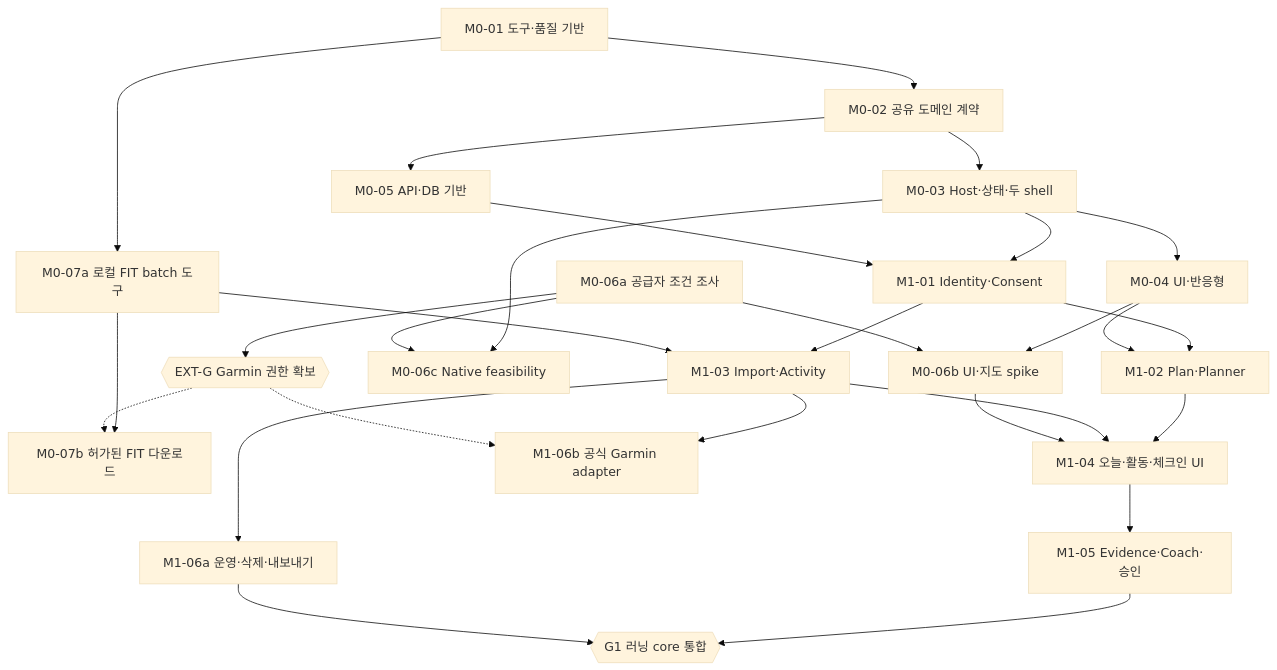
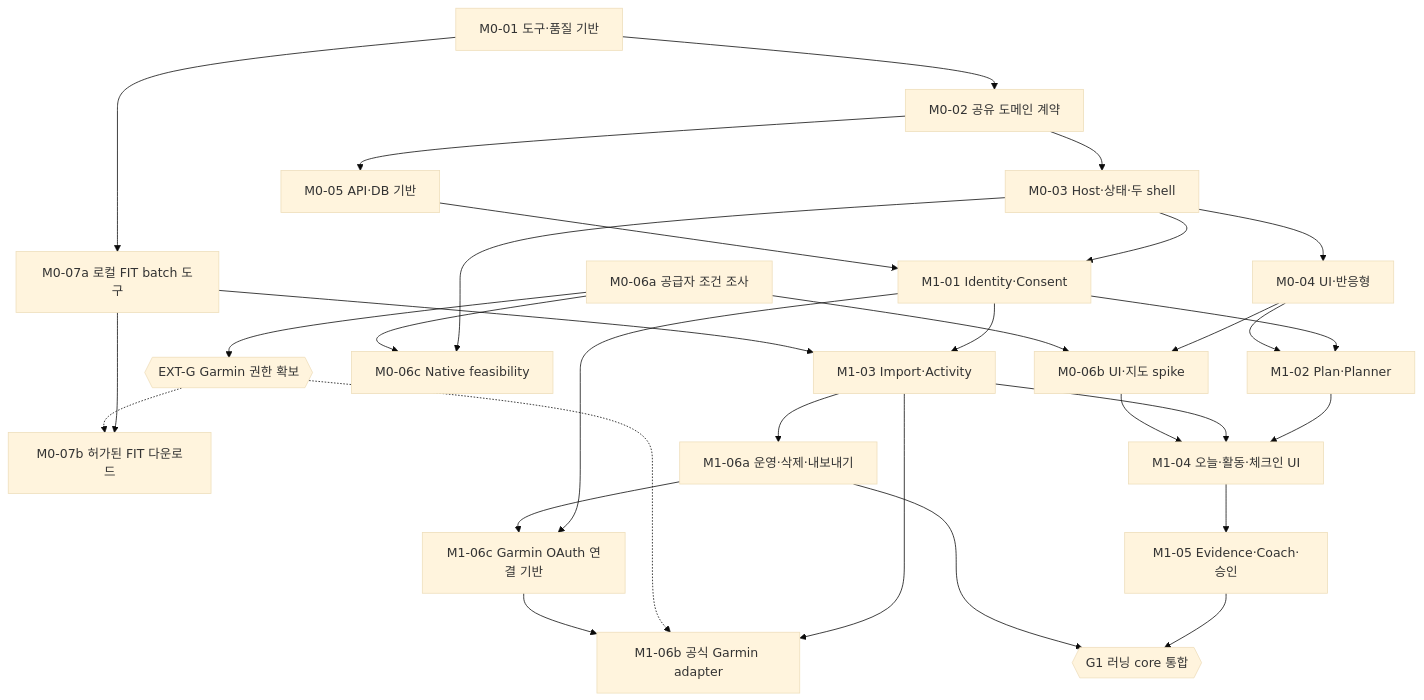
One commit to peacecheejecake/workout-manager changed the first of 3 diagrams in docs/implementation/task-graph.md. Above: the diagram before and after it, drawn with Mermaid (base theme). The commit also changed other lines of this file and 5 other files, not shown here.

````diff
--- a/docs/implementation/task-graph.md
+++ b/docs/implementation/task-graph.md
@@ -18,49 +18,53 @@
 ```mermaid
 flowchart TD
     task0["M0-01 도구·품질 기반"]
     task1["M0-02 공유 도메인 계약"]
     task2["M0-03 Host·상태·두 shell"]
     task3["M0-04 UI·반응형"]
     task4["M0-05 API·DB 기반"]
     task5["M0-06a 공급자 조건 조사"]
     task6{{"EXT-G Garmin 권한 확보"}}
     task7["M0-06b UI·지도 spike"]
     task8["M0-06c Native feasibility"]
     task9["M0-07a 로컬 FIT batch 도구"]
     task10["M0-07b 허가된 FIT 다운로드"]
     task11["M1-01 Identity·Consent"]
     task12["M1-02 Plan·Planner"]
     task13["M1-03 Import·Activity"]
     task14["M1-04 오늘·활동·체크인 UI"]
     task15["M1-05 Evidence·Coach·승인"]
     task16["M1-06a 운영·삭제·내보내기"]
     task17["M1-06b 공식 Garmin adapter"]
+    garminOAuth["M1-06c Garmin OAuth 연결 기반"]
     task18{{"G1 러닝 core 통합"}}
     task0 --> task1
     task1 --> task2
     task2 --> task3
     task1 --> task4
     task5 --> task6
     task3 --> task7
     task5 --> task7
     task2 --> task8
     task5 --> task8
     task0 --> task9
     task9 --> task10
     task6 -.-> task10
     task2 --> task11
     task4 --> task11
     task11 --> task12
     task3 --> task12
     task11 --> task13
     task9 --> task13
     task12 --> task14
     task13 --> task14
     task7 --> task14
     task14 --> task15
     task13 --> task16
     task13 --> task17
     task6 -.-> task17
+    task11 --> garminOAuth
+    task16 --> garminOAuth
+    garminOAuth --> task17
     task15 --> task18
     task16 --> task18
 ```
````
